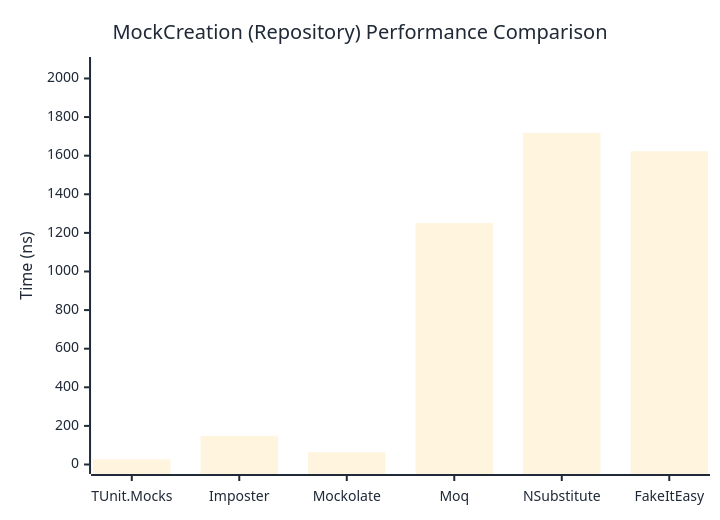
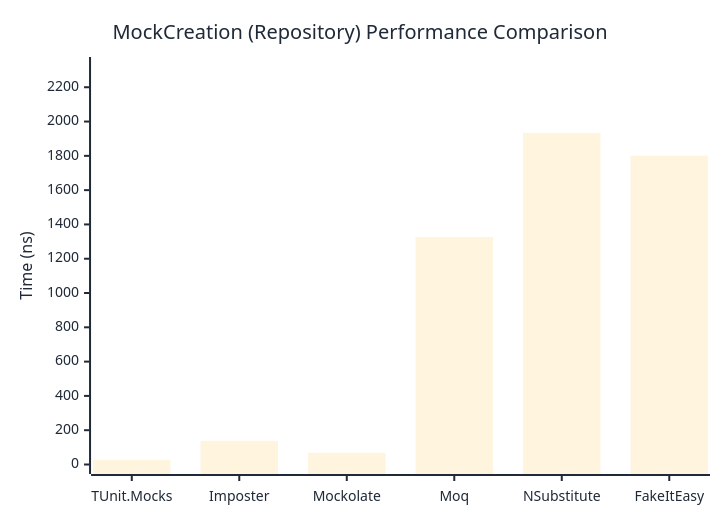
Before and after one commit to thomhurst/TUnit: the second of 2 diagrams in docs/docs/benchmarks/mocks/MockCreation.md, drawn with Mermaid. The commit also changed other lines of this file and 14 other files, not shown here.

````diff
--- a/docs/docs/benchmarks/mocks/MockCreation.md
+++ b/docs/docs/benchmarks/mocks/MockCreation.md
@@ -69,27 +69,27 @@
 ```mermaid
 %%{init: {
   'theme':'base',
   'themeVariables': {
     'primaryColor': '#2563eb',
     'primaryTextColor': '#1f2937',
     'primaryBorderColor': '#1e40af',
     'lineColor': '#6b7280',
     'secondaryColor': '#7c3aed',
     'tertiaryColor': '#dc2626',
     'background': '#ffffff',
     'pie1': '#2563eb',
     'pie2': '#7c3aed',
     'pie3': '#dc2626',
     'pie4': '#f59e0b',
     'pie5': '#10b981',
     'pie6': '#06b6d4',
     'pie7': '#ec4899',
     'pie8': '#6366f1'
   }
 }}%%
 xychart-beta
   title "MockCreation (Repository) Performance Comparison"
   x-axis ["TUnit.Mocks", "Imposter", "Mockolate", "Moq", "NSubstitute", "FakeItEasy"]
-  y-axis "Time (ns)" 0 --> 2062
-  bar [26.3, 148.78, 63.25, 1250.84, 1717.91, 1622.8]
+  y-axis "Time (ns)" 0 --> 2321
+  bar [26.17, 138.16, 68.07, 1326.76, 1933.82, 1800.68]
 ```
````
